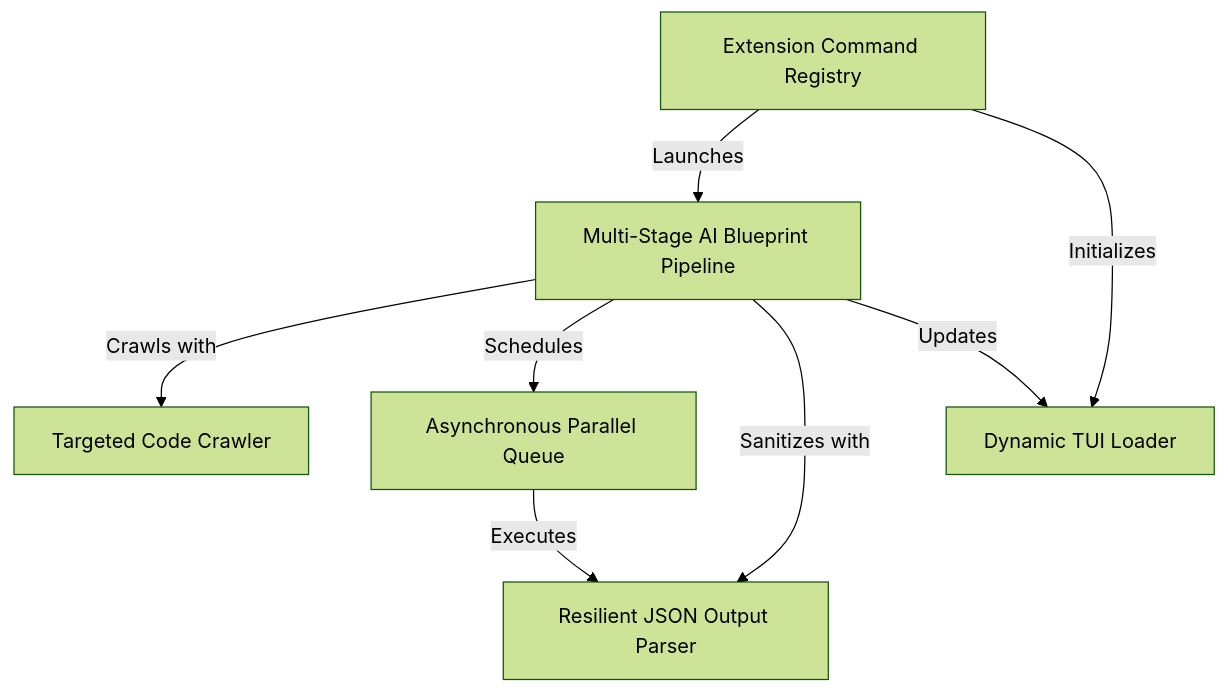
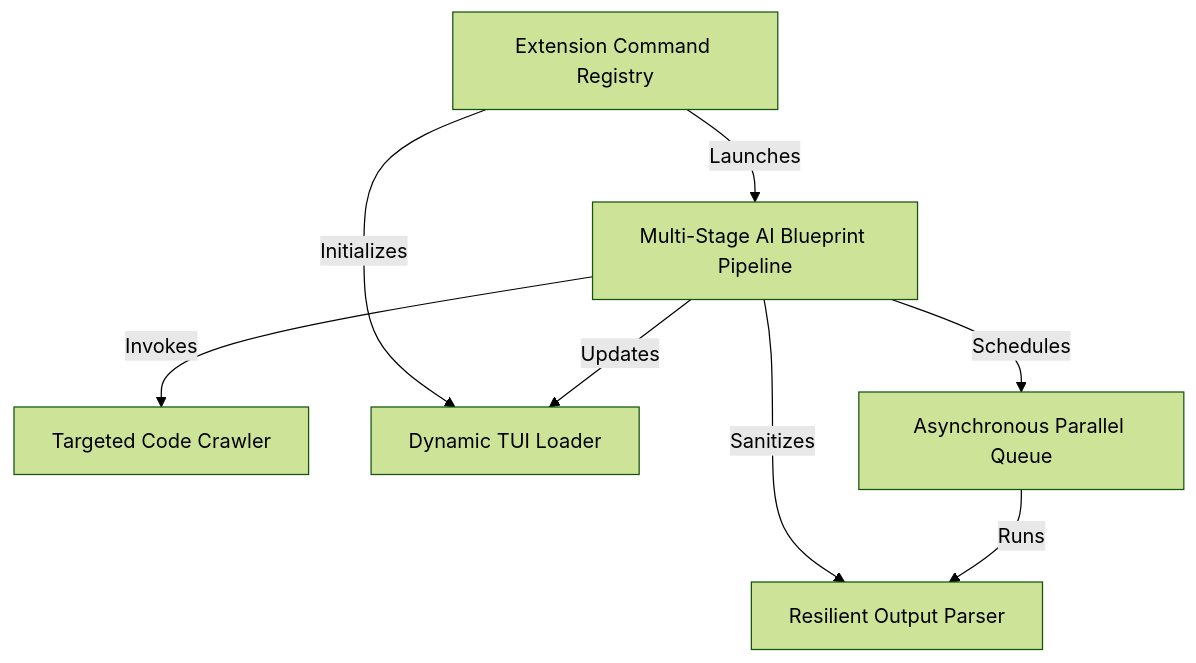
The diagram in tutorial/pi-tutorial-builder/00_index.md (mbenetti/pi-tutorial-builder), drawn with Mermaid (forest theme) before and after one commit. The commit also changed other lines of this file, not shown here.

Commit message:
Fix footer link in pi-tutorial-builder/00_index.md

````diff
--- a/tutorial/pi-tutorial-builder/00_index.md
+++ b/tutorial/pi-tutorial-builder/00_index.md
@@ -7,16 +7,16 @@
 ```mermaid
 flowchart TD
     A0["Extension Command Registry"]
     A1["Targeted Code Crawler"]
-    A2["Multi-Stage AI Blueprint Pipeline"]
-    A3["Asynchronous Parallel Queue"]
-    A4["Resilient JSON Output Parser"]
-    A5["Dynamic TUI Loader"]
-    A0 -- "Launches" --> A2
-    A0 -- "Initializes" --> A5
-    A2 -- "Crawls with" --> A1
-    A2 -- "Schedules" --> A3
-    A2 -- "Sanitizes with" --> A4
-    A2 -- "Updates" --> A5
-    A3 -- "Executes" --> A4
+    A2["Dynamic TUI Loader"]
+    A3["Multi-Stage AI Blueprint Pipeline"]
+    A4["Asynchronous Parallel Queue"]
+    A5["Resilient Output Parser"]
+    A0 -- "Launches" --> A3
+    A0 -- "Initializes" --> A2
+    A3 -- "Invokes" --> A1
+    A3 -- "Schedules" --> A4
+    A3 -- "Updates" --> A2
+    A3 -- "Sanitizes" --> A5
+    A4 -- "Runs" --> A5
 ```
````
